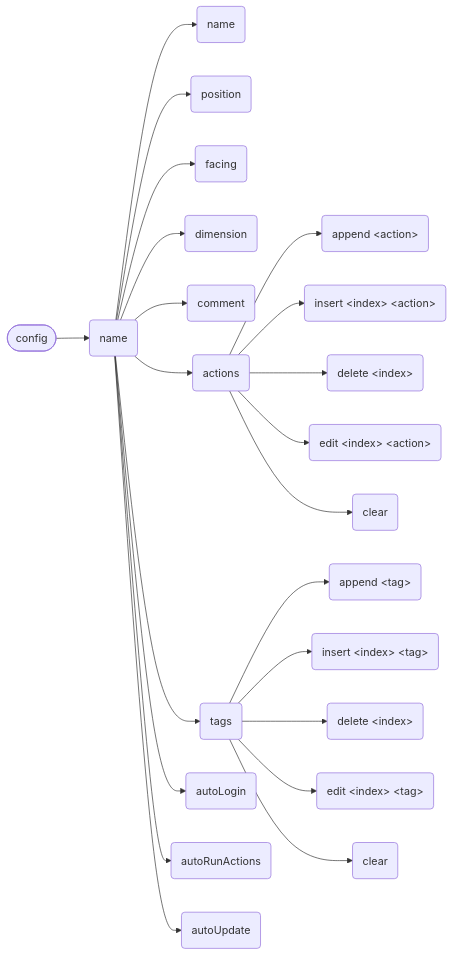
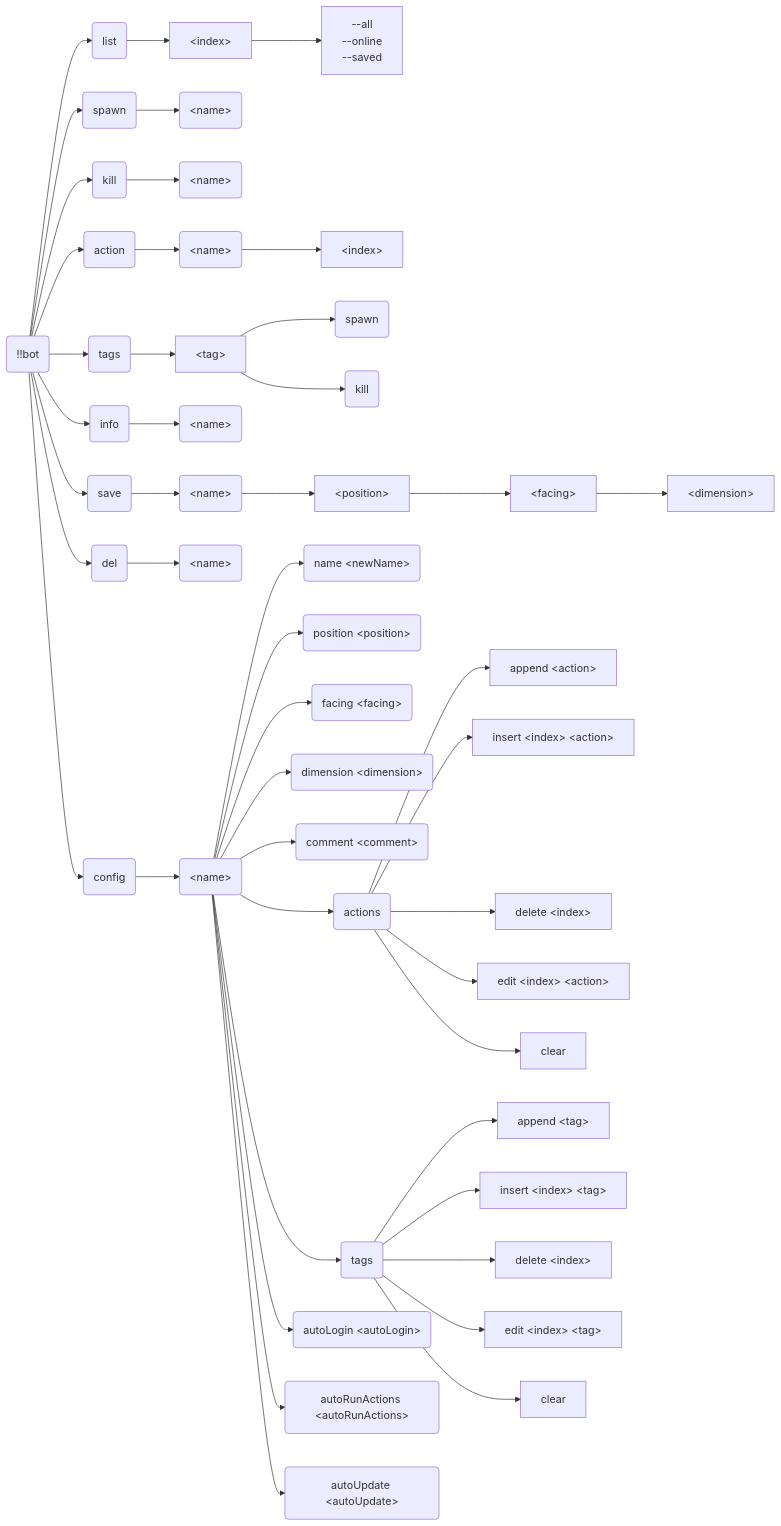
The fourth of 4 diagrams in bot/readme.md (AnzhiZhang/MCDReforgedPlugins), drawn with Mermaid before and after one commit. The commit also changed other lines of this file and 1 other file, not shown here.

Commit message:
docs(bot): 📝 update doc

````diff
--- a/bot/readme.md
+++ b/bot/readme.md
@@ -126,28 +130,64 @@
 ```mermaid
 flowchart LR
-    start([config])
-    start --> bot_name(name)
+    start(!!bot)
 
-    bot_name --> name(name)
-    bot_name --> position(position)
-    bot_name --> facing(facing)
-    bot_name --> dimension(dimension)
-    bot_name --> comment(comment)
-    bot_name --> actions(actions)
-    bot_name --> tags(tags)
-    bot_name --> autoLogin(autoLogin)
-    bot_name --> autoRunActions(autoRunActions)
-    bot_name --> autoUpdate(autoUpdate)
+    start --> list(list)
+    list --> list_index[&lt;index&gt;]
+    list_index --> list_index_arg["
+        --all
+        --online
+        --saved
+    "]
 
-    actions --> actions_append("append &lt;action&gt;")
-    actions --> actions_insert("insert &lt;index&gt; &lt;action&gt;")
-    actions --> actions_delete("delete &lt;index&gt")
-    actions --> actions_edit("edit &lt;index&gt; &lt;action&gt;")
-    actions --> actions_clear(clear)
+    start --> spawn(spawn)
+    spawn --> spawn_name(&lt;name&gt;)
 
-    tags --> tags_append("append &lt;tag&gt;")
-    tags --> tags_insert("insert &lt;index&gt; &lt;tag&gt;")
-    tags --> tags_delete("delete &lt;index&gt")
-    tags --> tags_edit("edit &lt;index&gt; &lt;tag&gt;")
-    tags --> tags_clear(clear)
+    start --> kill(kill)
+    kill --> kill_name(&lt;name&gt;)
+
+    start --> action(action)
+    action --> action_name(&lt;name&gt;)
+    action_name --> action_name_index[&lt;index&gt;]
+
+    start --> tags(tags)
+    tags --> tags_tag[&lt;tag&gt;]
+    tags_tag --> tags_tag_spawn(spawn)
+    tags_tag --> tags_tag_kill(kill)
+
+    start --> info(info)
+    info --> info_name(&lt;name&gt;)
+
+    start --> save(save)
+    save --> save_name(&lt;name&gt;)
+    save_name --> save_name_position[&lt;position&gt;]
+    save_name_position --> save_name_position_facing[&lt;facing&gt;]
+    save_name_position_facing --> save_name_position_facing_dimension[&lt;dimension&gt;]
+
+    start --> del(del)
+    del --> del_name(&lt;name&gt;)
+
+    start --> config(config)
+    config --> config_name(&lt;name&gt;)
+    config_name --> config_name_name(name &lt;newName&gt;)
+    config_name --> config_name_position(position &lt;position&gt;)
+    config_name --> config_name_facing(facing &lt;facing&gt;)
+    config_name --> config_name_dimension(dimension &lt;dimension&gt;)
+    config_name --> config_name_comment(comment &lt;comment&gt;)
+    config_name --> config_name_actions(actions)
+    config_name --> config_name_tags(tags)
+    config_name --> config_name_autoLogin(autoLogin &lt;autoLogin&gt;)
+    config_name --> config_name_autoRunActions(autoRunActions &lt;autoRunActions&gt;)
+    config_name --> config_name_autoUpdate(autoUpdate &lt;autoUpdate&gt;)
+
+    config_name_actions --> config_name_actions_append["append &lt;action&gt;"]
+    config_name_actions --> config_name_actions_insert["insert &lt;index&gt; &lt;action&gt;"]
+    config_name_actions --> config_name_actions_delete["delete &lt;index&gt"]
+    config_name_actions --> config_name_actions_edit["edit &lt;index&gt; &lt;action&gt;"]
+    config_name_actions --> config_name_actions_clear[clear]
+
+    config_name_tags --> config_name_tags_append["append &lt;tag&gt;"]
+    config_name_tags --> config_name_tags_insert["insert &lt;index&gt; &lt;tag&gt;"]
+    config_name_tags --> config_name_tags_delete["delete &lt;index&gt"]
+    config_name_tags --> config_name_tags_edit["edit &lt;index&gt; &lt;tag&gt;"]
+    config_name_tags --> config_name_tags_clear[clear]
 ```
````
